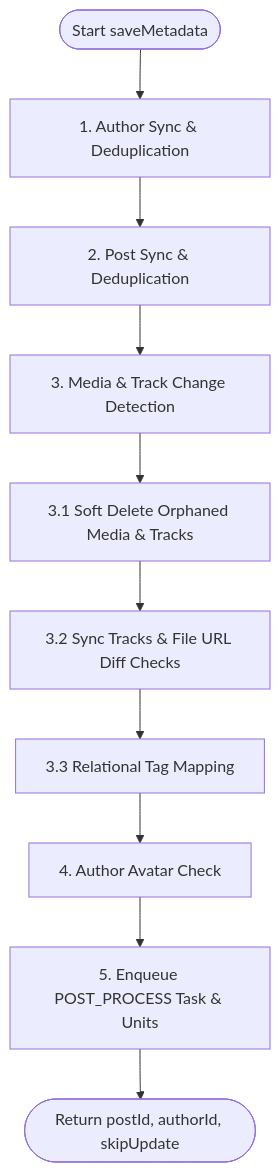
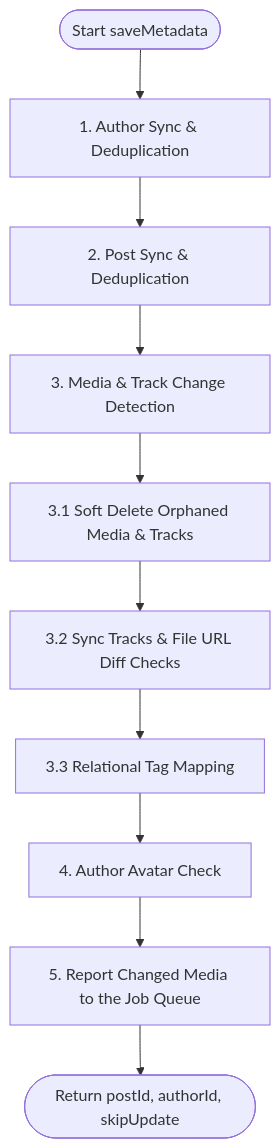
Before and after one commit to stariverr/stationary: the diagram in docs/save_metadata_flow.md, drawn with Mermaid. The commit also changed other lines of this file and 14 other files, not shown here.

First line of the commit message:
docs(jobs): describe the job queue instead of the retired engine

````diff
--- a/docs/save_metadata_flow.md
+++ b/docs/save_metadata_flow.md
@@ -19,12 +19,12 @@
 ```mermaid
 graph TD
     Start([Start saveMetadata]) --> Step1[1. Author Sync & Deduplication]
     Step1 --> Step2[2. Post Sync & Deduplication]
     Step2 --> Step3[3. Media & Track Change Detection]
     Step3 --> Step3_1[3.1 Soft Delete Orphaned Media & Tracks]
     Step3_1 --> Step3_2[3.2 Sync Tracks & File URL Diff Checks]
     Step3_2 --> Step3_3[3.3 Relational Tag Mapping]
     Step3_3 --> Step4[4. Author Avatar Check]
-    Step4 --> Step5[5. Enqueue POST_PROCESS Task & Units]
+    Step4 --> Step5[5. Report Changed Media to the Job Queue]
     Step5 --> End([Return postId, authorId, skipUpdate])
 ```
````
